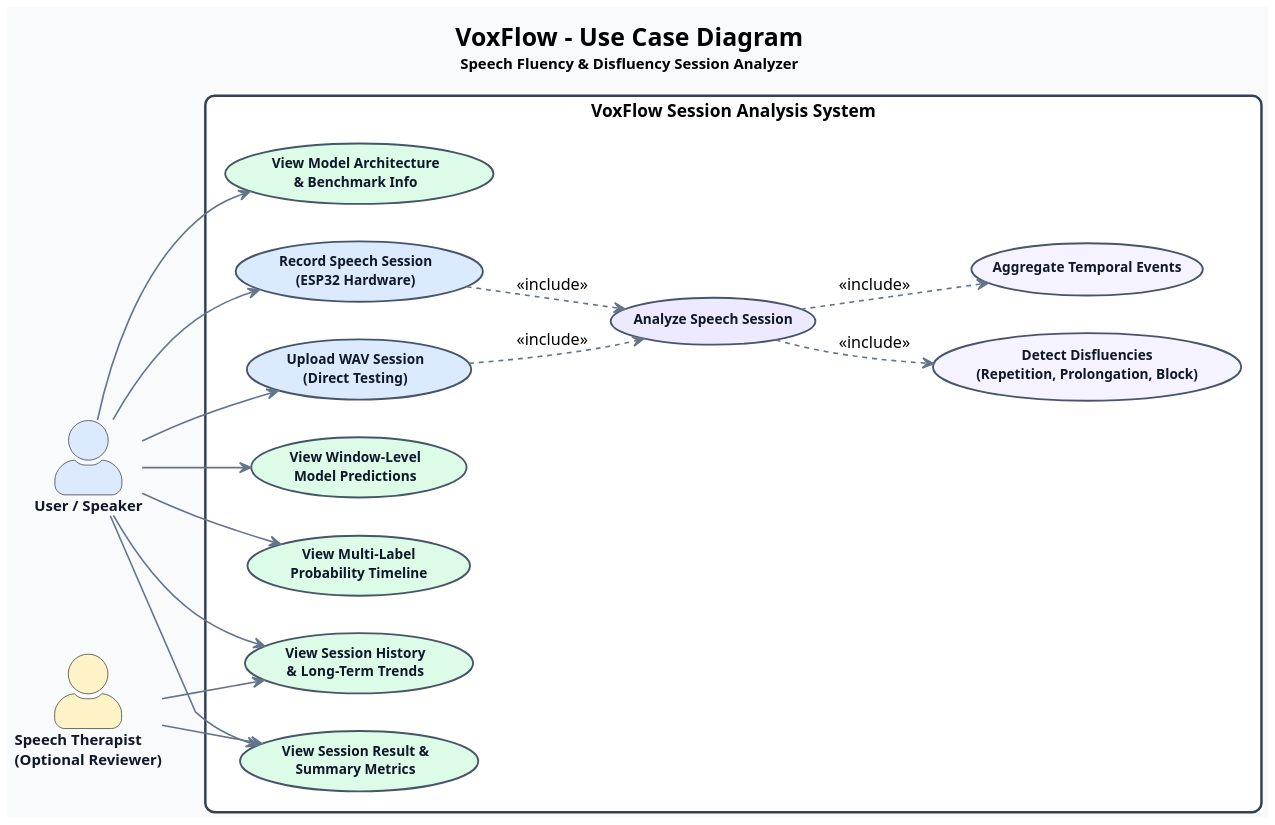
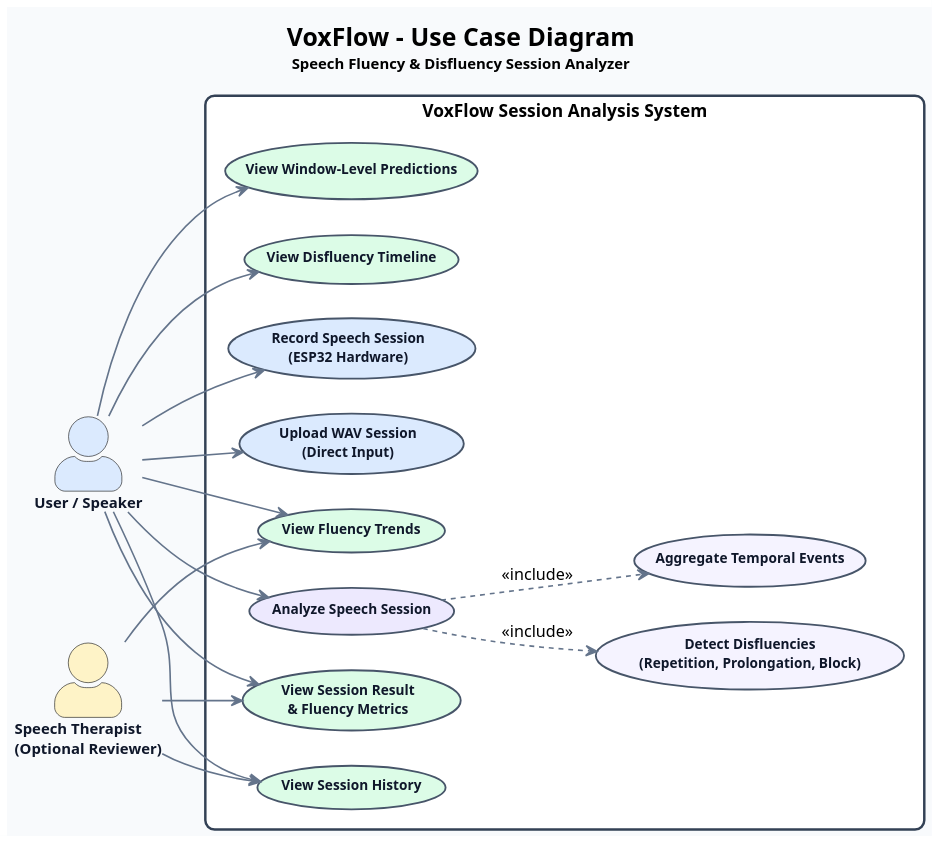
The diagram in VoxFlow_uml/VoxFlow_uml/uml/01_use_case.puml (PetaSivaNandhanReddy/voxflow), drawn with PlantUML before and after one commit. The commit also changed 11 other files, not shown here.

Commit message:
docs: refine uml class, state machine, and architecture representations

```diff
--- a/VoxFlow_uml/VoxFlow_uml/uml/01_use_case.puml
+++ b/VoxFlow_uml/VoxFlow_uml/uml/01_use_case.puml
@@ -1,99 +1,98 @@
 @startuml
 title <size:20><b>VoxFlow - Use Case Diagram</b></size>\n<size:12>Speech Fluency & Disfluency Session Analyzer</size>
 
 left to right direction
 
 skinparam backgroundColor #F8FAFC
 skinparam shadowing false
 skinparam dpi 170
 
-skinparam nodesep 30
+skinparam nodesep 28
 skinparam ranksep 35
 
 skinparam actorStyle awesome
 
 skinparam rectangle {
     BackgroundColor #FFFFFF
     BorderColor #334155
     BorderThickness 2
     RoundCorner 15
 }
 
 skinparam usecase {
     BackgroundColor #FFFFFF
     BorderColor #475569
     BorderThickness 1.5
     FontColor #0F172A
     FontSize 11
     FontStyle bold
 }
 
 skinparam ArrowColor #64748B
 skinparam ArrowThickness 1.3
 
 skinparam actor {
     FontColor #0F172A
     FontSize 12
     FontStyle bold
 }
 
 ' =========================================================
 ' ACTORS
 ' =========================================================
 
 actor "User / Speaker" as User #DBEAFE
 actor "Speech Therapist\n(Optional Reviewer)" as Therapist #FEF3C7
 
 ' =========================================================
 ' SYSTEM BOUNDARY
 ' =========================================================
 
 rectangle "VoxFlow Session Analysis System" {
 
-    ' Audio Input & Ingestion
+    ' Audio Capture & Input
     usecase "Record Speech Session\n(ESP32 Hardware)" as UC_Record #DBEAFE
-    usecase "Upload WAV Session\n(Direct Testing)" as UC_Upload #DBEAFE
+    usecase "Upload WAV Session\n(Direct Input)" as UC_Upload #DBEAFE
 
-    ' Core Analysis
+    ' Core AI Processing
     usecase "Analyze Speech Session" as UC_Analyze #EDE9FE
     usecase "Detect Disfluencies\n(Repetition, Prolongation, Block)" as UC_Detect #F5F3FF
     usecase "Aggregate Temporal Events" as UC_Aggregate #F5F3FF
 
-    ' Visualization & Inspection
-    usecase "View Session Result &\nSummary Metrics" as UC_ViewResult #DCFCE7
-    usecase "View Window-Level\nModel Predictions" as UC_ViewWindows #DCFCE7
-    usecase "View Multi-Label\nProbability Timeline" as UC_ViewTimeline #DCFCE7
-    usecase "View Session History\n& Long-Term Trends" as UC_ViewHistory #DCFCE7
-    usecase "View Model Architecture\n& Benchmark Info" as UC_ViewModel #DCFCE7
+    ' Results & Review
+    usecase "View Session Result\n& Fluency Metrics" as UC_ViewResult #DCFCE7
+    usecase "View Window-Level Predictions" as UC_ViewWindows #DCFCE7
+    usecase "View Disfluency Timeline" as UC_ViewTimeline #DCFCE7
+    usecase "View Session History" as UC_ViewHistory #DCFCE7
+    usecase "View Fluency Trends" as UC_ViewTrends #DCFCE7
 }
 
 ' =========================================================
 ' USER RELATIONSHIPS
 ' =========================================================
 
 User --> UC_Record
 User --> UC_Upload
+User --> UC_Analyze
 User --> UC_ViewResult
 User --> UC_ViewWindows
 User --> UC_ViewTimeline
 User --> UC_ViewHistory
-User --> UC_ViewModel
+User --> UC_ViewTrends
 
 ' =========================================================
-' INCLUSION & ANALYSIS FLOW
+' INCLUSIONS
 ' =========================================================
-
-UC_Record ..> UC_Analyze : <<include>>
-UC_Upload ..> UC_Analyze : <<include>>
 
 UC_Analyze ..> UC_Detect : <<include>>
 UC_Analyze ..> UC_Aggregate : <<include>>
 
 ' =========================================================
 ' THERAPIST RELATIONSHIPS
 ' =========================================================
 
 Therapist --> UC_ViewResult
 Therapist --> UC_ViewHistory
+Therapist --> UC_ViewTrends
 
 @enduml
```
